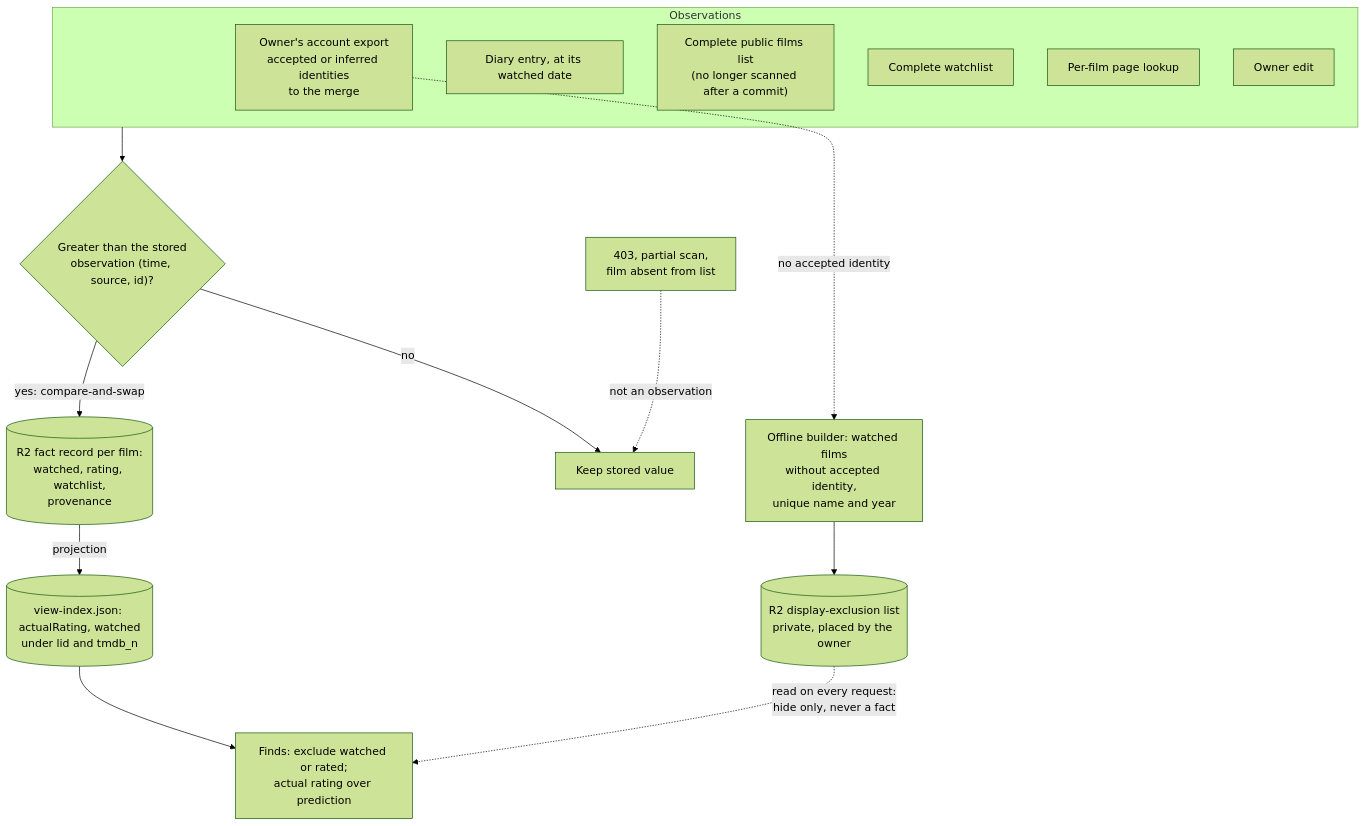
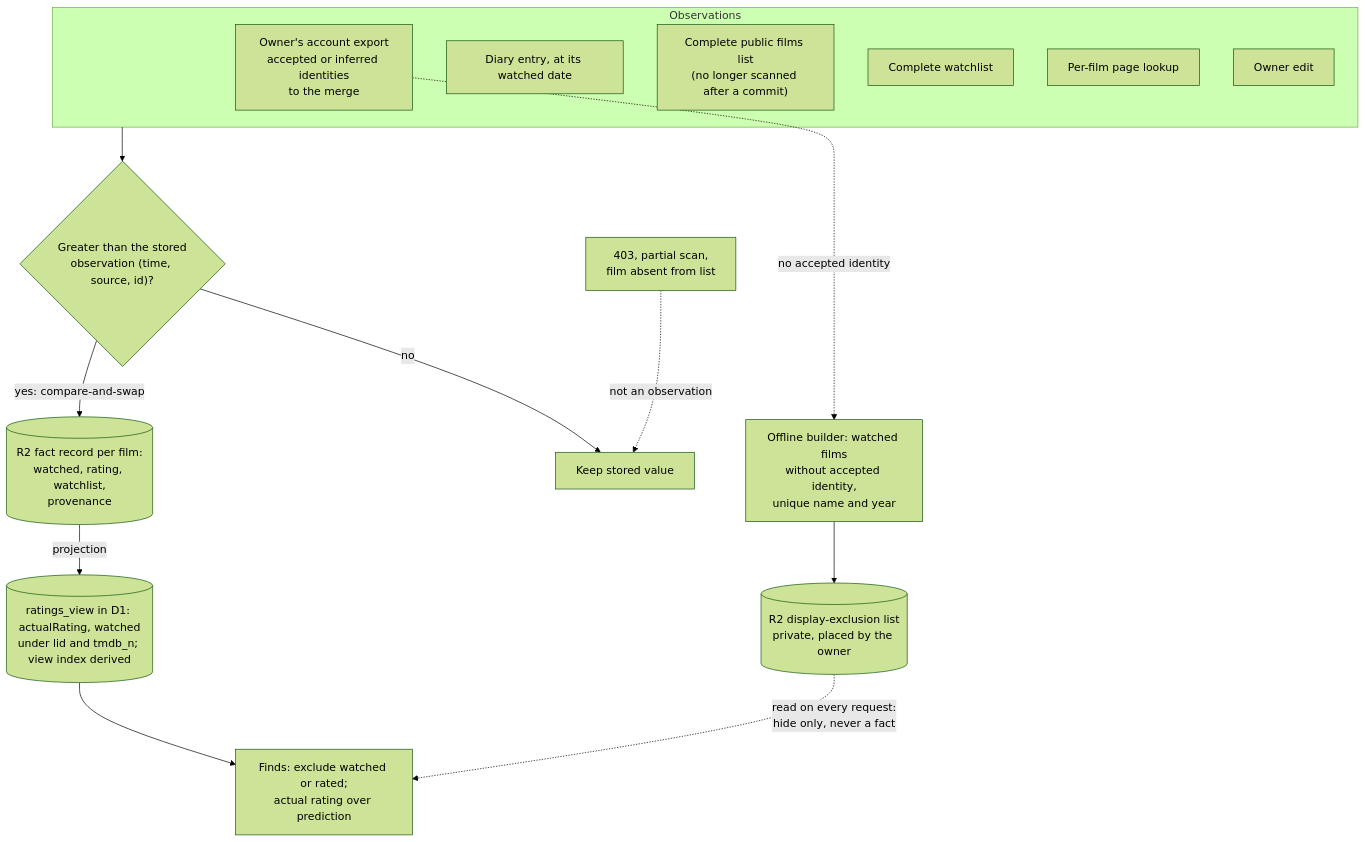
Before and after one commit to vladimino/iptv-watchlist: the second of 4 diagrams in docs/architecture/letterboxd-ingestion.md, drawn with Mermaid (forest theme). The commit also changed other lines of this file and 154 other files, not shown here.

First line of the commit message:
AIR-558: retire VIEW_INDEX_SOURCE, the raw view-index read path and its writers (#865)

````diff
--- a/docs/architecture/letterboxd-ingestion.md
+++ b/docs/architecture/letterboxd-ingestion.md
@@ -43,28 +43,28 @@
 ```mermaid
 flowchart TD
     subgraph sources["Observations"]
         export["Owner's account export<br/>accepted or inferred identities<br/>to the merge"]
         diary["Diary entry, at its watched date"]
         films["Complete public films list<br/>(no longer scanned after a commit)"]
         watchlist["Complete watchlist"]
         page["Per-film page lookup"]
         owner["Owner edit"]
     end
     gaps["403, partial scan,<br/>film absent from list"]
     merge{"Greater than the stored<br/>observation (time, source, id)?"}
     facts[("R2 fact record per film:<br/>watched, rating, watchlist,<br/>provenance")]
     keep["Keep stored value"]
-    index[("view-index.json: actualRating, watched<br/>under lid and tmdb_n")]
+    index[("ratings_view in D1: actualRating, watched<br/>under lid and tmdb_n; view index derived")]
     finds["Finds: exclude watched or rated;<br/>actual rating over prediction"]
     builder["Offline builder: watched films<br/>without accepted identity,<br/>unique name and year"]
     list[("R2 display-exclusion list<br/>private, placed by the owner")]
     sources --> merge
     merge -->|yes: compare-and-swap| facts
     merge -->|no| keep
     gaps -.->|not an observation| keep
     facts -->|projection| index
     index --> finds
     export -.->|no accepted identity| builder
     builder --> list
     list -.->|"read on every request:<br/>hide only, never a fact"| finds
 ```
````
